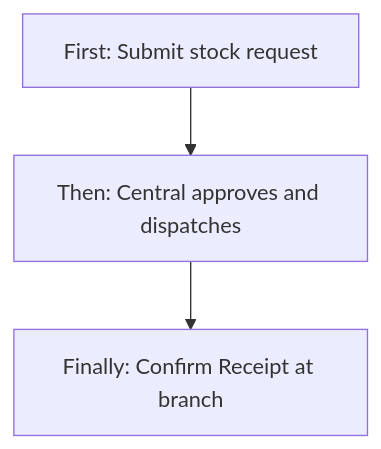
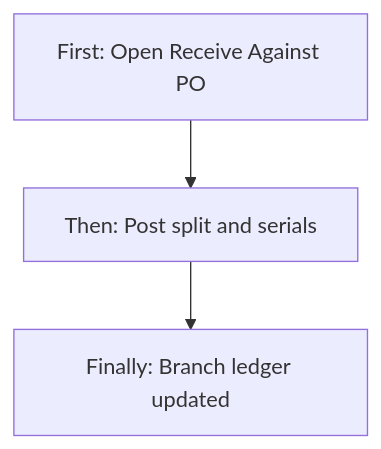
One commit to Aurifex-Innovations/ERP_docs changed the sixth of 9 diagrams in v0_final_docs/stock-management.md. Above: the diagram before and after it, drawn with Mermaid. The commit also changed other lines of this file, not shown here.

````diff
--- a/v0_final_docs/stock-management.md
+++ b/v0_final_docs/stock-management.md
@@ -733,5 +387,5 @@
 ```mermaid
 flowchart TD
-  req["First: Submit stock request"] --> appr["Then: Central approves and dispatches"]
-  appr --> recv["Finally: Confirm Receipt at branch"]
+  grnFirst["First: Open Receive Against PO"] --> grnThen["Then: Post split and serials"]
+  grnThen --> grnFinal["Finally: Branch ledger updated"]
 ```
````
